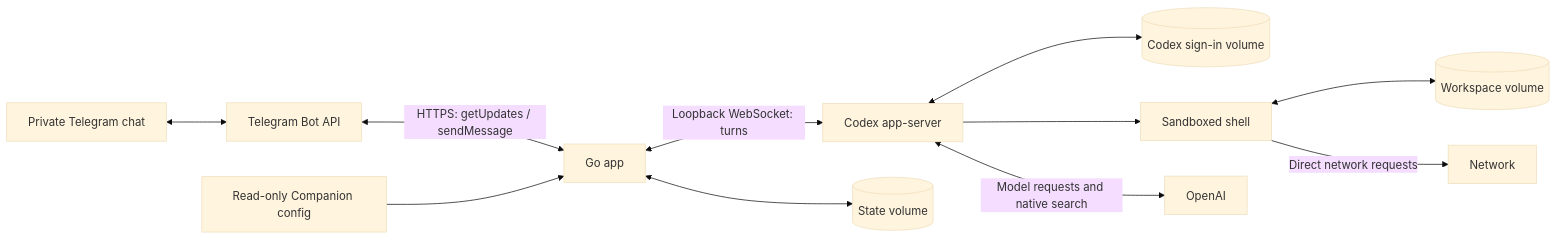
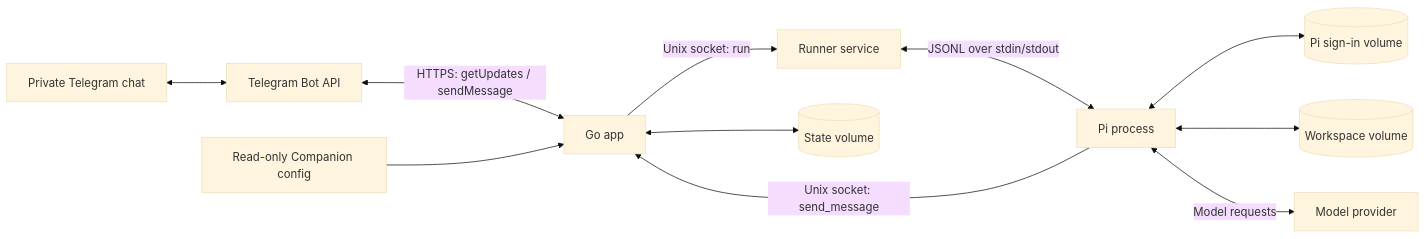
The diagram in ARCHITECTURE.md (hsnprsd/companion), drawn with Mermaid (base theme) before and after one commit. The commit also changed other lines of this file and 34 other files, not shown here.

Commit message:
Replace Codex app-server with Pi RPC

````diff
--- a/ARCHITECTURE.md
+++ b/ARCHITECTURE.md
@@ -9,13 +9,13 @@
 ```mermaid
 flowchart LR
     User[Private Telegram chat] <--> TG[Telegram Bot API]
     TG <-->|HTTPS: getUpdates / sendMessage| App[Go app]
-    App <-->|Loopback WebSocket: turns| Runner[Codex app-server]
+    App -->|Unix socket: run| Runner[Runner service]
+    Runner <-->|JSONL over stdin/stdout| Pi[Pi process]
+    Pi -->|Unix socket: send_message| App
     App <--> State[(State volume)]
     Config[Read-only Companion config] --> App
-    Runner <--> Auth[(Codex sign-in volume)]
-    Runner --> Shell[Sandboxed shell]
-    Shell <--> Workspace[(Workspace volume)]
-    Shell -->|Direct network requests| Network[Network]
-    Runner <-->|Model requests and native search| OpenAI[OpenAI]
+    Pi <--> Auth[(Pi sign-in volume)]
+    Pi <--> Workspace[(Workspace volume)]
+    Pi <-->|Model requests| Provider[Model provider]
 ```
````
